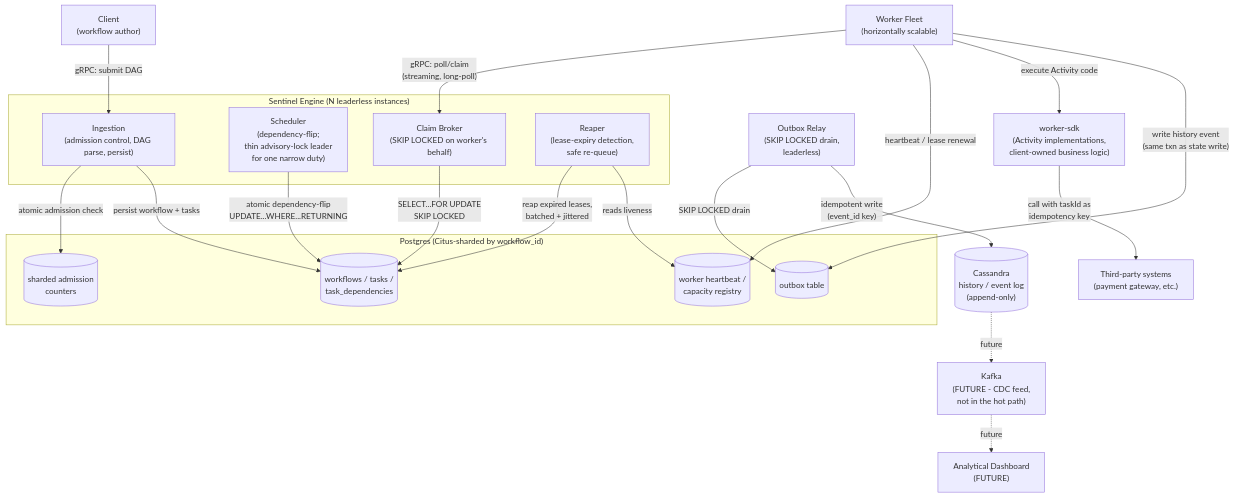
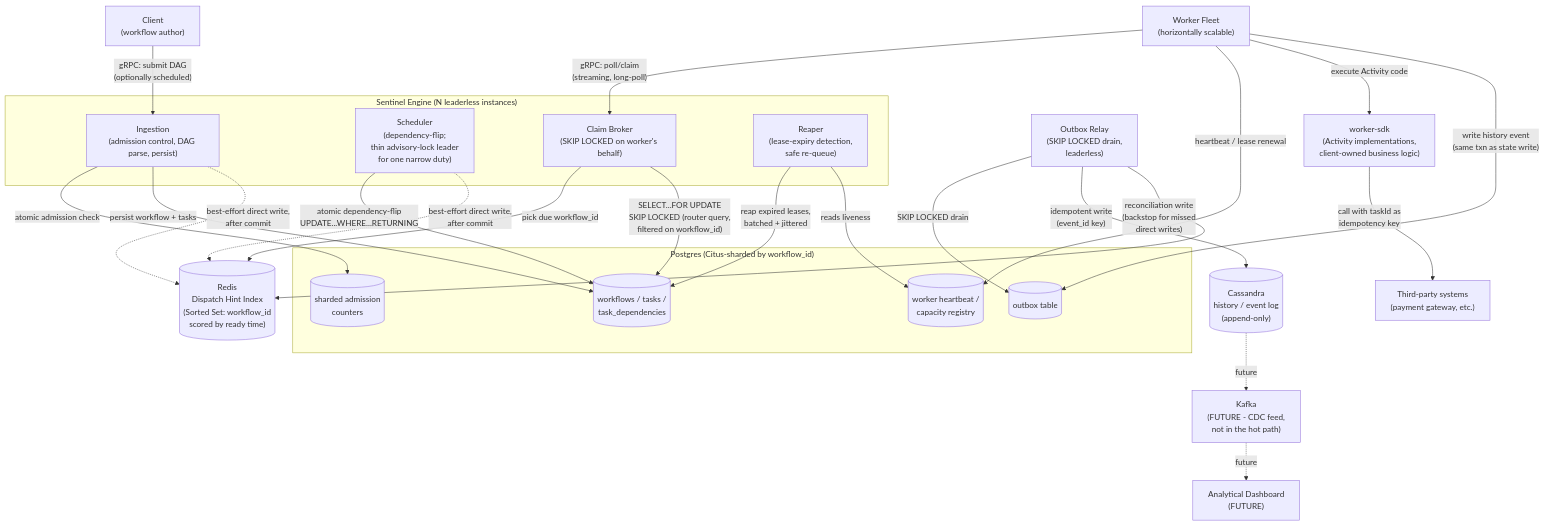
Before and after one commit to CosmicSaaurabh/sentinel-engine: the first of 4 diagrams in docs/high-level-design/HLD-001-system-architecture.md, drawn with Mermaid. The commit also changed other lines of this file and 3 other files, not shown here.

````diff
--- a/docs/high-level-design/HLD-001-system-architecture.md
+++ b/docs/high-level-design/HLD-001-system-architecture.md
@@ -56,44 +58,50 @@
 ```mermaid
 flowchart TB
     Client["Client\n(workflow author)"]
     SDK["worker-sdk\n(Activity implementations,\nclient-owned business logic)"]
     Worker["Worker Fleet\n(horizontally scalable)"]
     ThirdParty["Third-party systems\n(payment gateway, etc.)"]
 
     subgraph Engine["Sentinel Engine (N leaderless instances)"]
         Ingest["Ingestion\n(admission control, DAG parse, persist)"]
         Scheduler["Scheduler\n(dependency-flip;\nthin advisory-lock leader\nfor one narrow duty)"]
         ClaimBroker["Claim Broker\n(SKIP LOCKED on worker's behalf)"]
         Reaper["Reaper\n(lease-expiry detection,\nsafe re-queue)"]
     end
 
     subgraph PG["Postgres (Citus-sharded by workflow_id)"]
         Tasks[("workflows / tasks /\ntask_dependencies")]
         Outbox[("outbox table")]
         Counters[("sharded admission\ncounters")]
         Heartbeats[("worker heartbeat /\ncapacity registry")]
     end
 
     Relay["Outbox Relay\n(SKIP LOCKED drain,\nleaderless)"]
     Cassandra[("Cassandra\nhistory / event log\n(append-only)")]
 
+    RedisHint[("Redis\nDispatch Hint Index\n(Sorted Set: workflow_id\nscored by ready time)")]
+
     Kafka["Kafka\n(FUTURE - CDC feed,\nnot in the hot path)"]
     Dashboard["Analytical Dashboard\n(FUTURE)"]
 
-    Client -->|"gRPC: submit DAG"| Ingest
+    Client -->|"gRPC: submit DAG\n(optionally scheduled)"| Ingest
     Ingest -->|"atomic admission check"| Counters
     Ingest -->|"persist workflow + tasks"| Tasks
     Scheduler -->|"atomic dependency-flip\nUPDATE...WHERE...RETURNING"| Tasks
+    Ingest -.->|"best-effort direct write,\nafter commit"| RedisHint
+    Scheduler -.->|"best-effort direct write,\nafter commit"| RedisHint
     Worker -->|"gRPC: poll/claim\n(streaming, long-poll)"| ClaimBroker
-    ClaimBroker -->|"SELECT...FOR UPDATE\nSKIP LOCKED"| Tasks
+    ClaimBroker -->|"pick due workflow_id"| RedisHint
+    ClaimBroker -->|"SELECT...FOR UPDATE\nSKIP LOCKED (router query,\nfiltered on workflow_id)"| Tasks
     Worker -->|"heartbeat / lease renewal"| Heartbeats
     Reaper -->|"reap expired leases,\nbatched + jittered"| Tasks
     Reaper -->|"reads liveness"| Heartbeats
     Worker -->|"execute Activity code"| SDK
     SDK -->|"call with taskId as\nidempotency key"| ThirdParty
     Worker -->|"write history event\n(same txn as state write)"| Outbox
     Relay -->|"SKIP LOCKED drain"| Outbox
     Relay -->|"idempotent write\n(event_id key)"| Cassandra
+    Relay -->|"reconciliation write\n(backstop for missed\ndirect writes)"| RedisHint
     Cassandra -.->|"future"| Kafka
     Kafka -.->|"future"| Dashboard
 ```
````
